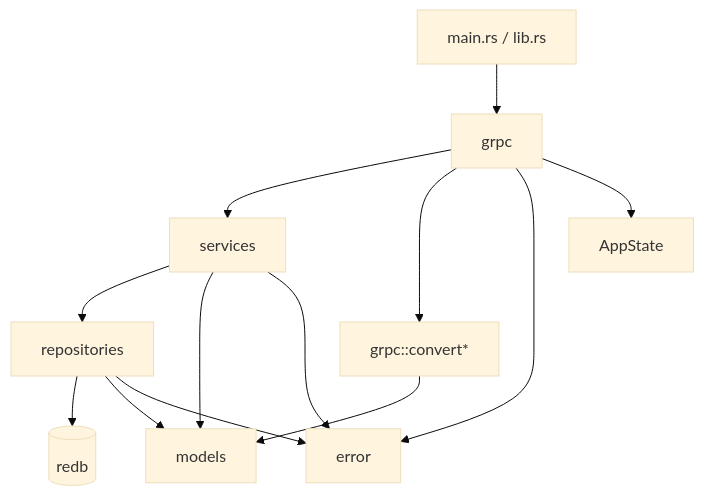
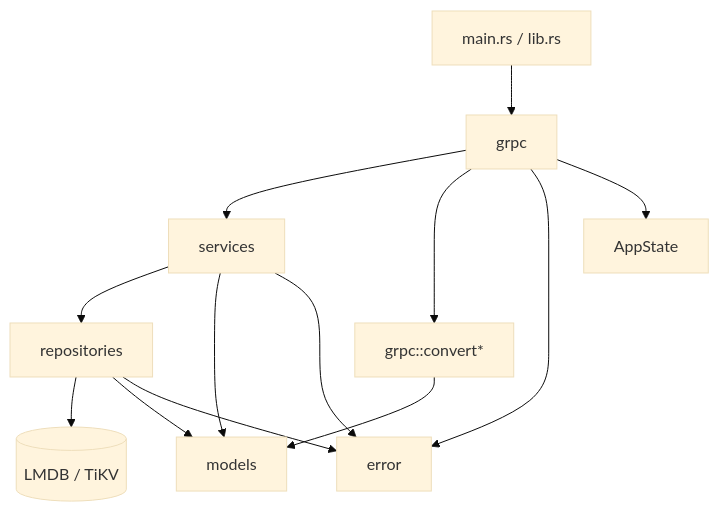
The diagram in docs/architecture.md (AirBee-Project/Kasane), drawn with Mermaid (base theme) before and after one commit. The commit also changed other lines of this file and 42 other files, not shown here.

````diff
--- a/docs/architecture.md
+++ b/docs/architecture.md
@@ -9,16 +9,16 @@
 ```mermaid
 flowchart TD
     Main[main.rs / lib.rs] --> Grpc[grpc]
     Grpc --> Service[services]
     Service --> Repository[repositories]
-    Repository --> Redb[(redb)]
+    Repository --> Storage[(LMDB / TiKV)]
 
     Grpc --> Convert[grpc::convert*]
     Convert --> Model[models]
     Service --> Model
     Repository --> Model
     Service --> Error[error]
     Grpc --> Error
     Repository --> Error
     Grpc --> AppState[AppState]
 ```
````
